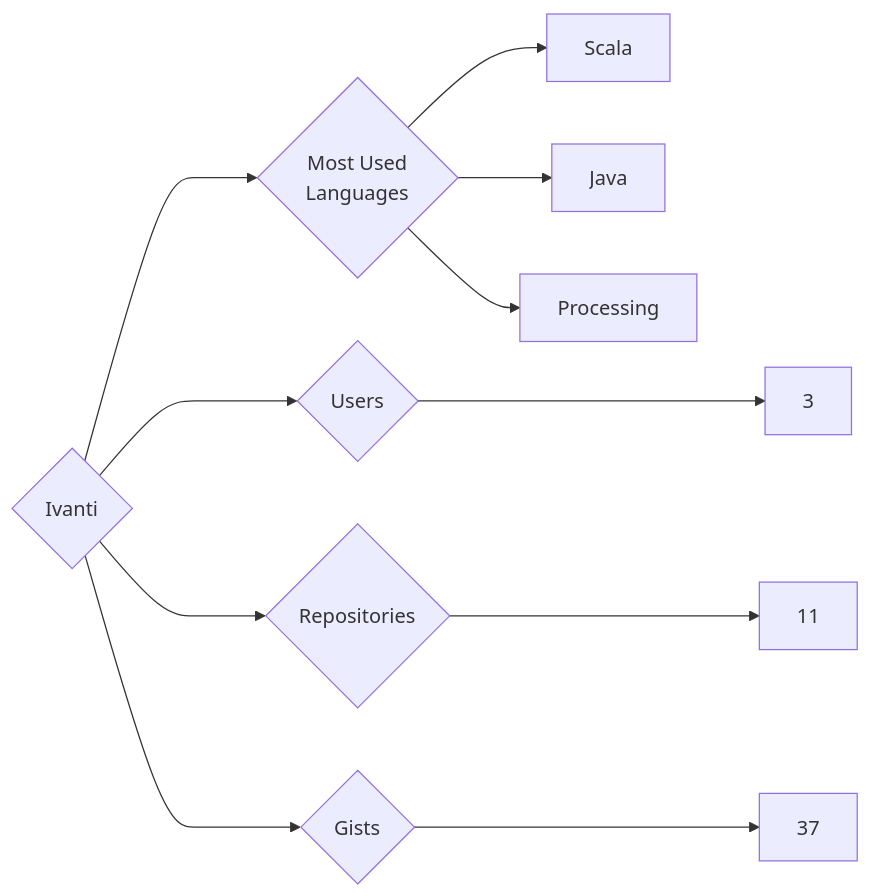
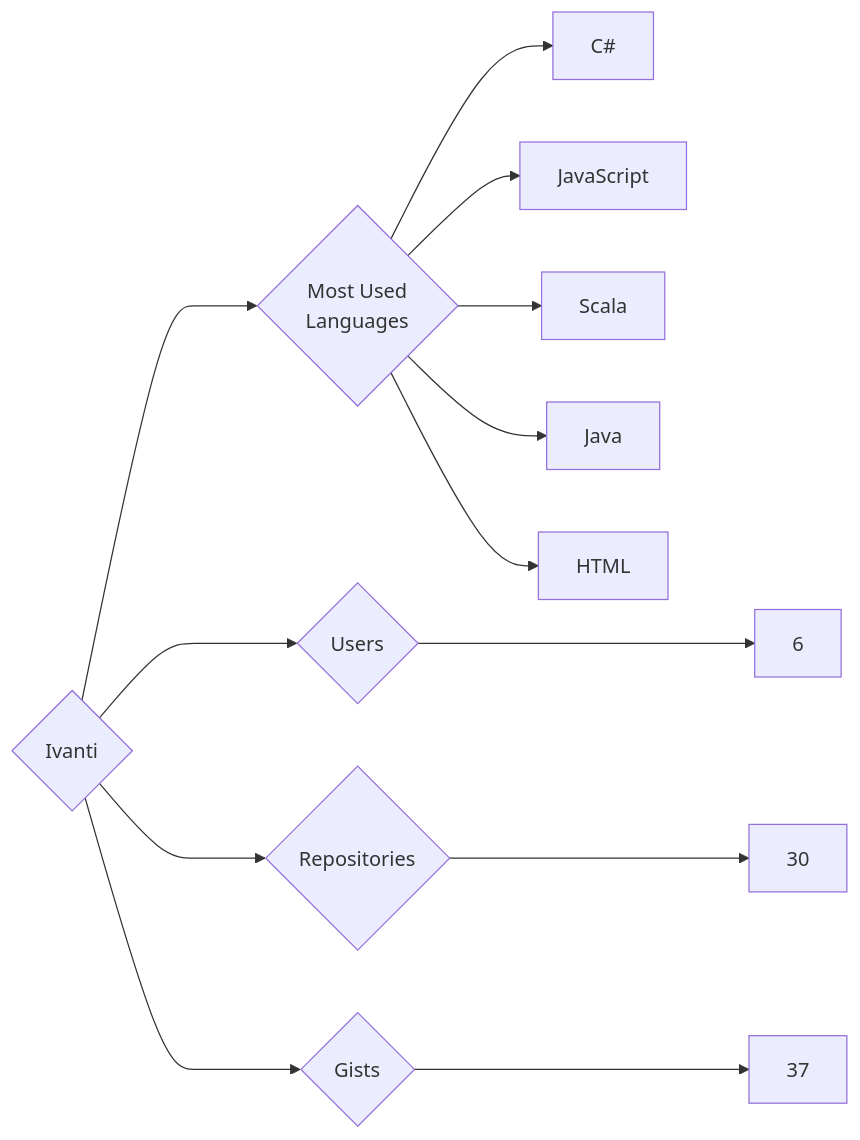
One commit to trickest/insiders changed the diagram in targets/Ivanti/README.md. Above: the diagram before and after it, drawn with Mermaid. The commit also changed 1166 other files, not shown here.

````diff
--- a/targets/Ivanti/README.md
+++ b/targets/Ivanti/README.md
@@ -3,11 +3,13 @@
 ```mermaid
 graph LR
 COMPANY_NAME{Ivanti}
-COMPANY_NAME ---> U{Users} ---> UN[3]
-COMPANY_NAME ---> R{Repositories} ---> RN[11]
+COMPANY_NAME ---> U{Users} ---> UN[6]
+COMPANY_NAME ---> R{Repositories} ---> RN[30]
 COMPANY_NAME ---> G{Gists} ---> GN[37]
 COMPANY_NAME ---> ML{Most Used<br>Languages}
+ML --> C#[C#]
+ML --> JavaScript[JavaScript]
 ML --> Scala[Scala]
 ML --> Java[Java]
-ML --> Processing[Processing]
+ML --> HTML[HTML]
 ```
````
